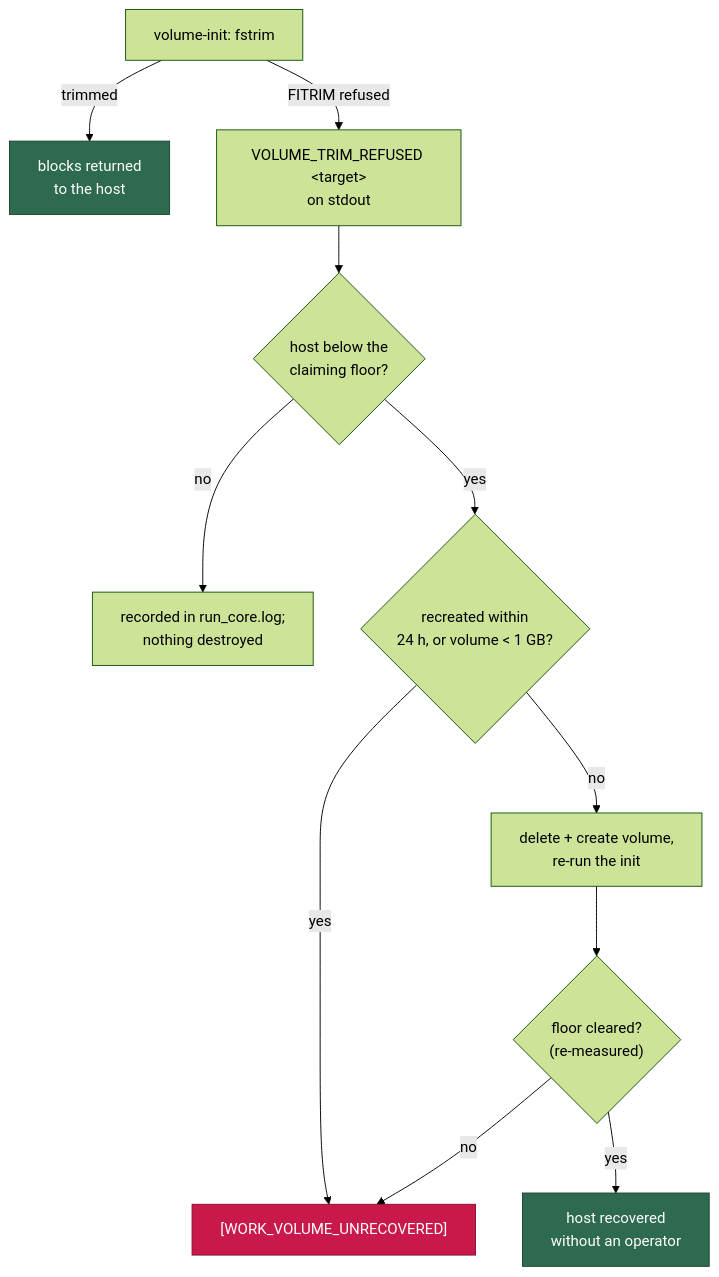
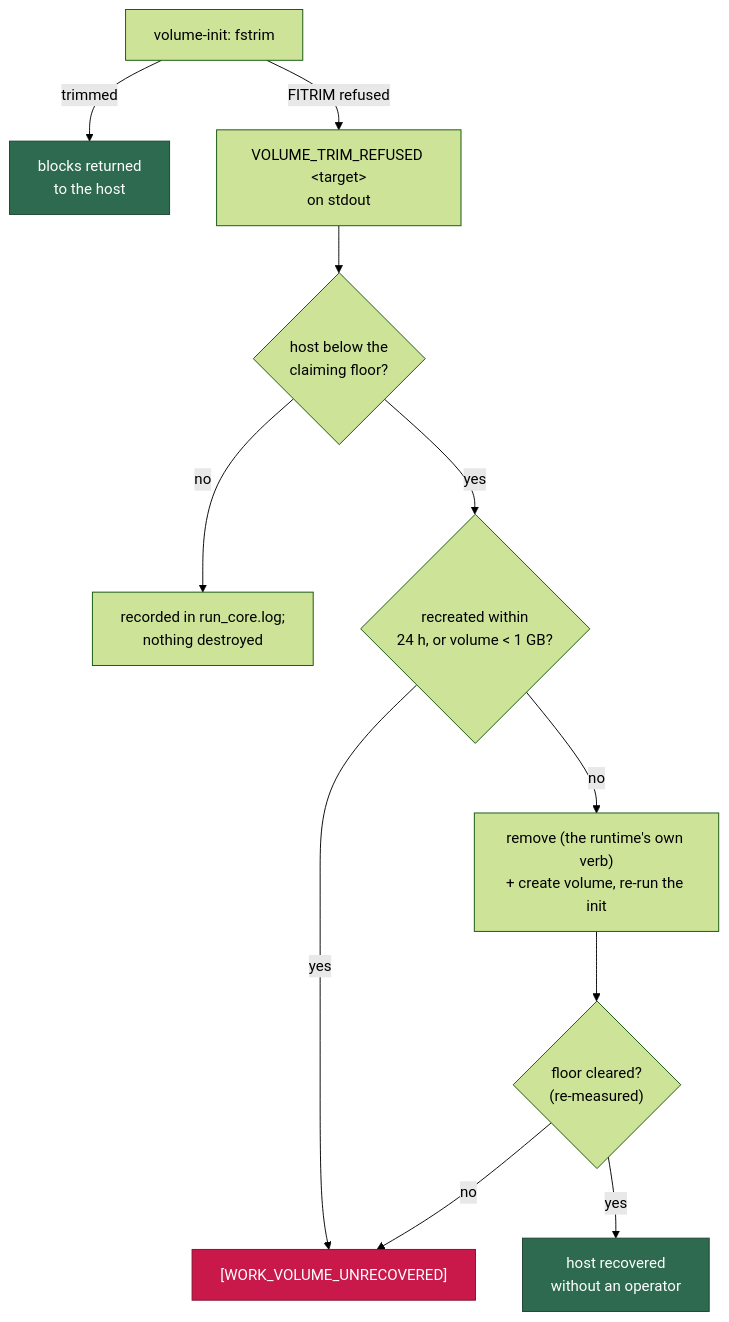
The tenth of 17 diagrams in docs/CONTAINER.md (stSoftwareAU/VibeCoder), drawn with Mermaid (forest theme) before and after one commit. The commit also changed other lines of this file and 6 other files, not shown here.

First line of the commit message:
Recover volumes with the runtime's own removal verb (Issue #731)

````diff
--- a/docs/CONTAINER.md
+++ b/docs/CONTAINER.md
@@ -757,16 +766,16 @@
 ```mermaid
 flowchart TD
     I["volume-init: fstrim"] -->|"trimmed"| OK["blocks returned<br/>to the host"]
     I -->|"FITRIM refused"| R["VOLUME_TRIM_REFUSED &lt;target&gt;<br/>on stdout"]
     R --> G{"host below the<br/>claiming floor?"}
     G -->|"no"| N["recorded in run_core.log;<br/>nothing destroyed"]
     G -->|"yes"| B{"recreated within<br/>24 h, or volume &lt; 1 GB?"}
     B -->|"yes"| E["[WORK_VOLUME_UNRECOVERED]"]
-    B -->|"no"| D["delete + create volume,<br/>re-run the init"]
+    B -->|"no"| D["remove (the runtime's own verb)<br/>+ create volume, re-run the init"]
     D --> M{"floor cleared?<br/>(re-measured)"}
     M -->|"yes"| H["host recovered<br/>without an operator"]
     M -->|"no"| E
     style OK fill:#2d6a4f,stroke:#1b4332,color:#fff
     style H fill:#2d6a4f,stroke:#1b4332,color:#fff
     style E fill:#c9184a,stroke:#800f2f,color:#fff
 ```
````
